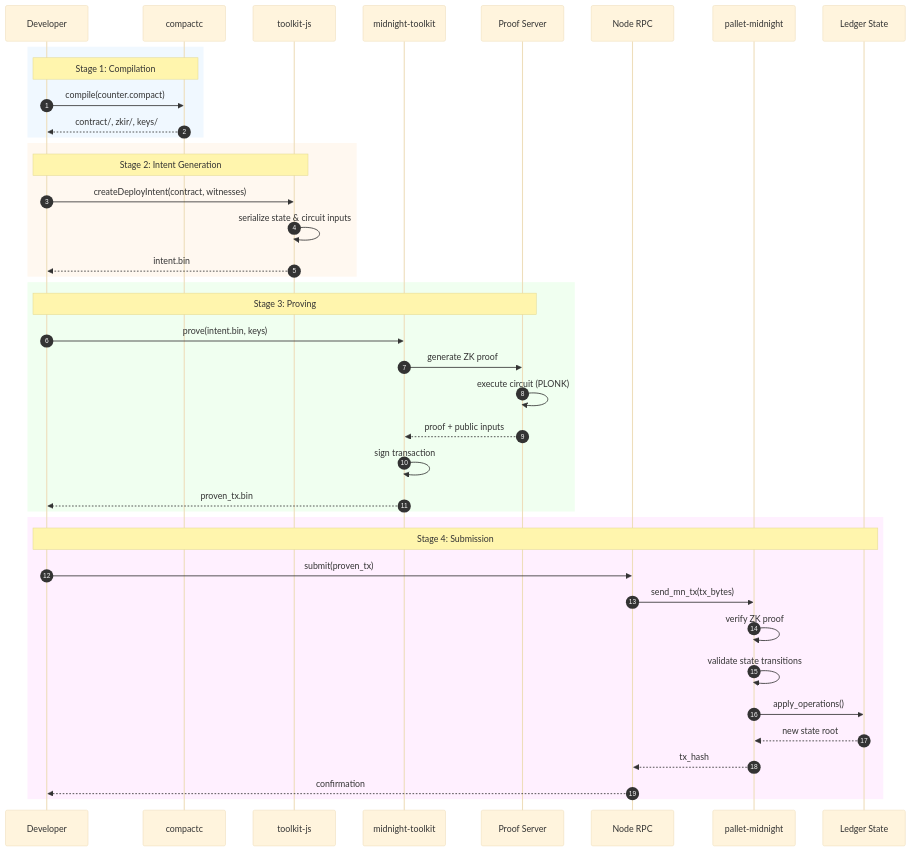
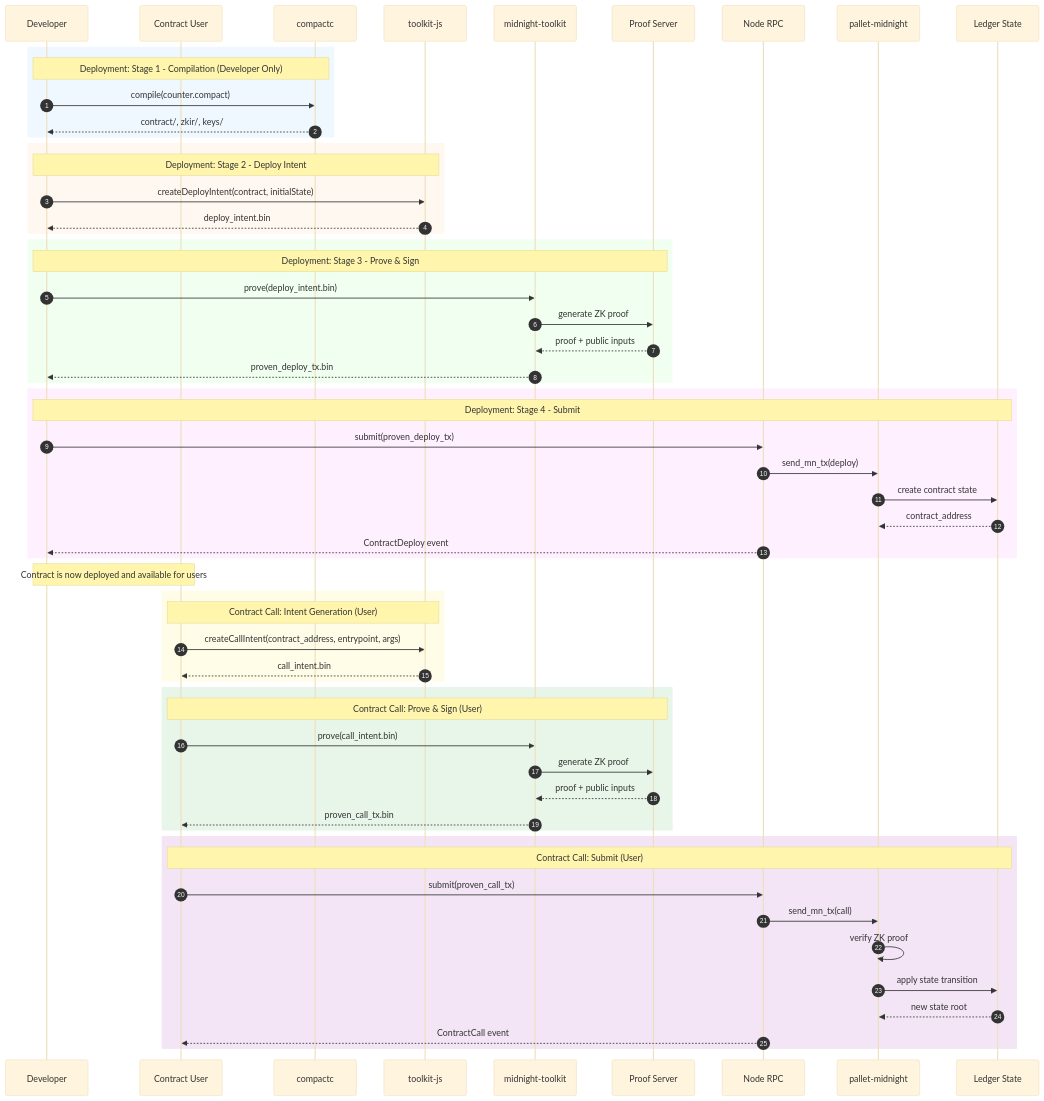
Before and after one commit to ADGLx/midnight-node: the second of 3 diagrams in docs/COMPACT-CONTRACT-DEPLOYMENT.md, drawn with Mermaid (base theme). The commit also changed other lines of this file, not shown here.

Commit message:
docs: distinguish Developer vs User roles in architecture diagrams
- Data Flow: clarify compilation is developer-only, stages 2-4 apply to both
- Participant Interactions: show complete deployment flow AND contract call flow
- Deployment Architecture: separate Developer and User environments
- Add note that users interact with deployed contracts via same pipeline

````diff
--- a/docs/COMPACT-CONTRACT-DEPLOYMENT.md
+++ b/docs/COMPACT-CONTRACT-DEPLOYMENT.md
@@ -45,47 +52,68 @@
 ```mermaid
 sequenceDiagram
     autonumber
     participant Dev as Developer
+    participant User as Contract User
     participant Compiler as compactc
     participant Toolkit as toolkit-js
     participant CLI as midnight-toolkit
     participant Prover as Proof Server
     participant RPC as Node RPC
     participant Pallet as pallet-midnight
     participant Ledger as Ledger State
 
     rect rgb(240, 248, 255)
-        Note over Dev,Compiler: Stage 1: Compilation
+        Note over Dev,Compiler: Deployment: Stage 1 - Compilation (Developer Only)
         Dev->>Compiler: compile(counter.compact)
         Compiler-->>Dev: contract/, zkir/, keys/
     end
 
     rect rgb(255, 248, 240)
-        Note over Dev,Toolkit: Stage 2: Intent Generation
-        Dev->>Toolkit: createDeployIntent(contract, witnesses)
-        Toolkit->>Toolkit: serialize state & circuit inputs
-        Toolkit-->>Dev: intent.bin
+        Note over Dev,Toolkit: Deployment: Stage 2 - Deploy Intent
+        Dev->>Toolkit: createDeployIntent(contract, initialState)
+        Toolkit-->>Dev: deploy_intent.bin
     end
 
     rect rgb(240, 255, 240)
-        Note over Dev,Prover: Stage 3: Proving
-        Dev->>CLI: prove(intent.bin, keys)
+        Note over Dev,Prover: Deployment: Stage 3 - Prove & Sign
+        Dev->>CLI: prove(deploy_intent.bin)
         CLI->>Prover: generate ZK proof
-        Prover->>Prover: execute circuit (PLONK)
         Prover-->>CLI: proof + public inputs
-        CLI->>CLI: sign transaction
-        CLI-->>Dev: proven_tx.bin
+        CLI-->>Dev: proven_deploy_tx.bin
     end
 
     rect rgb(255, 240, 255)
-        Note over Dev,Ledger: Stage 4: Submission
-        Dev->>RPC: submit(proven_tx)
-        RPC->>Pallet: send_mn_tx(tx_bytes)
+        Note over Dev,Ledger: Deployment: Stage 4 - Submit
+        Dev->>RPC: submit(proven_deploy_tx)
+        RPC->>Pallet: send_mn_tx(deploy)
+        Pallet->>Ledger: create contract state
+        Ledger-->>Pallet: contract_address
+        RPC-->>Dev: ContractDeploy event
+    end
+
+    Note over Dev,User: Contract is now deployed and available for users
+
+    rect rgb(255, 253, 231)
+        Note over User,Toolkit: Contract Call: Intent Generation (User)
+        User->>Toolkit: createCallIntent(contract_address, entrypoint, args)
+        Toolkit-->>User: call_intent.bin
+    end
+
+    rect rgb(232, 245, 233)
+        Note over User,Prover: Contract Call: Prove & Sign (User)
+        User->>CLI: prove(call_intent.bin)
+        CLI->>Prover: generate ZK proof
+        Prover-->>CLI: proof + public inputs
+        CLI-->>User: proven_call_tx.bin
+    end
+
+    rect rgb(243, 229, 245)
+        Note over User,Ledger: Contract Call: Submit (User)
+        User->>RPC: submit(proven_call_tx)
+        RPC->>Pallet: send_mn_tx(call)
         Pallet->>Pallet: verify ZK proof
-        Pallet->>Pallet: validate state transitions
-        Pallet->>Ledger: apply_operations()
+        Pallet->>Ledger: apply state transition
         Ledger-->>Pallet: new state root
-        Pallet-->>RPC: tx_hash
-        RPC-->>Dev: confirmation
+        RPC-->>User: ContractCall event
     end
 ```
````
